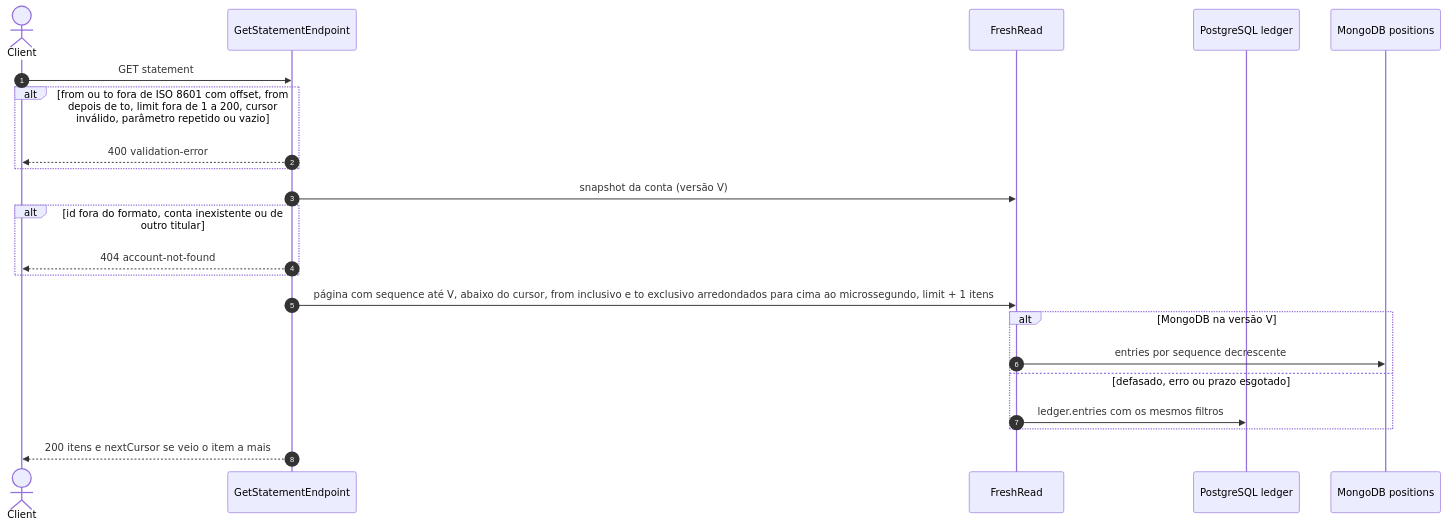
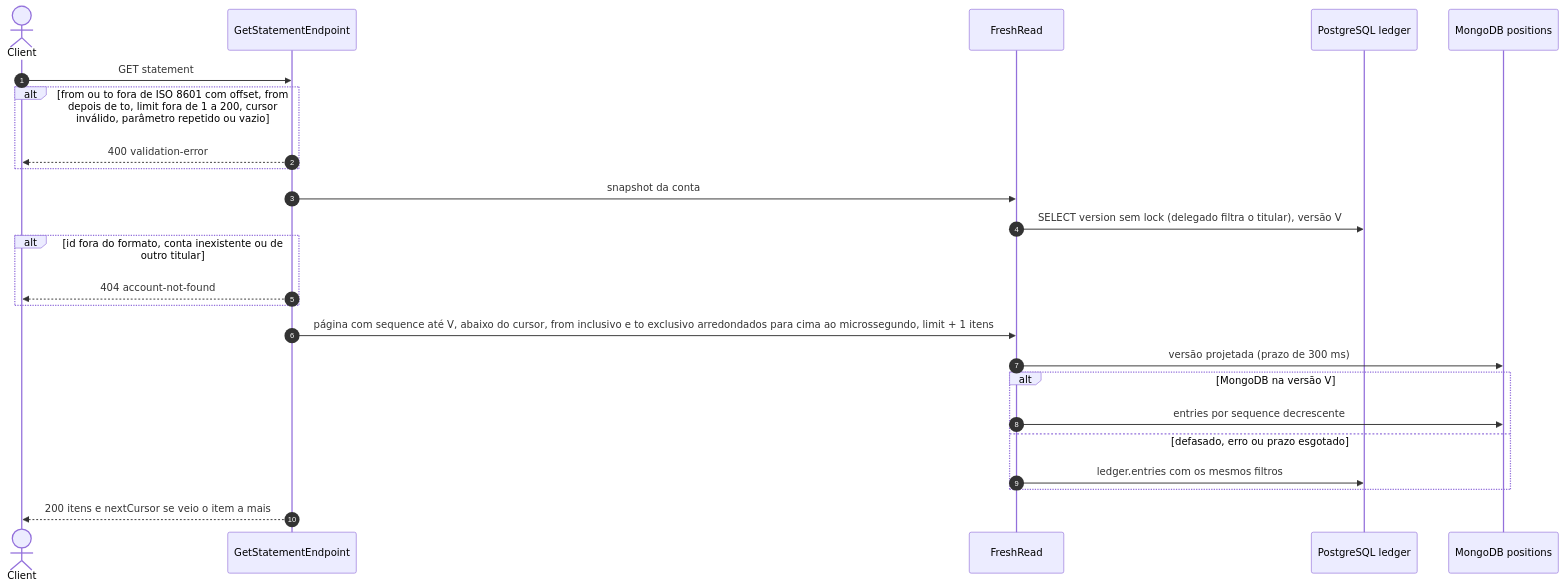
Before and after one commit to arthuurw/desafio-arquiteto-keyrus: the seventh of 8 diagrams in docs/arquitetura/fluxos-ledger.md, drawn with Mermaid. The commit also changed other lines of this file and 2 other files, not shown here.

First line of the commit message:
docs(fluxos): close the second flow check against HEAD

````diff
--- a/docs/arquitetura/fluxos-ledger.md
+++ b/docs/arquitetura/fluxos-ledger.md
@@ -338,25 +340,27 @@
 ```mermaid
 sequenceDiagram
   autonumber
   actor C as Client
   participant E as GetStatementEndpoint
   participant FR as FreshRead
   participant DB as PostgreSQL ledger
   participant M as MongoDB positions
 
   C->>E: GET statement
   alt from ou to fora de ISO 8601 com offset, from depois de to, limit fora de 1 a 200, cursor inválido, parâmetro repetido ou vazio
     E-->>C: 400 validation-error
   end
-  E->>FR: snapshot da conta (versão V)
+  E->>FR: snapshot da conta
+  FR->>DB: SELECT version sem lock (delegado filtra o titular), versão V
   alt id fora do formato, conta inexistente ou de outro titular
     E-->>C: 404 account-not-found
   end
   E->>FR: página com sequence até V, abaixo do cursor, from inclusivo e to exclusivo arredondados para cima ao microssegundo, limit + 1 itens
+  FR->>M: versão projetada (prazo de 300 ms)
   alt MongoDB na versão V
     FR->>M: entries por sequence decrescente
   else defasado, erro ou prazo esgotado
     FR->>DB: ledger.entries com os mesmos filtros
   end
   E-->>C: 200 itens e nextCursor se veio o item a mais
 ```
````
